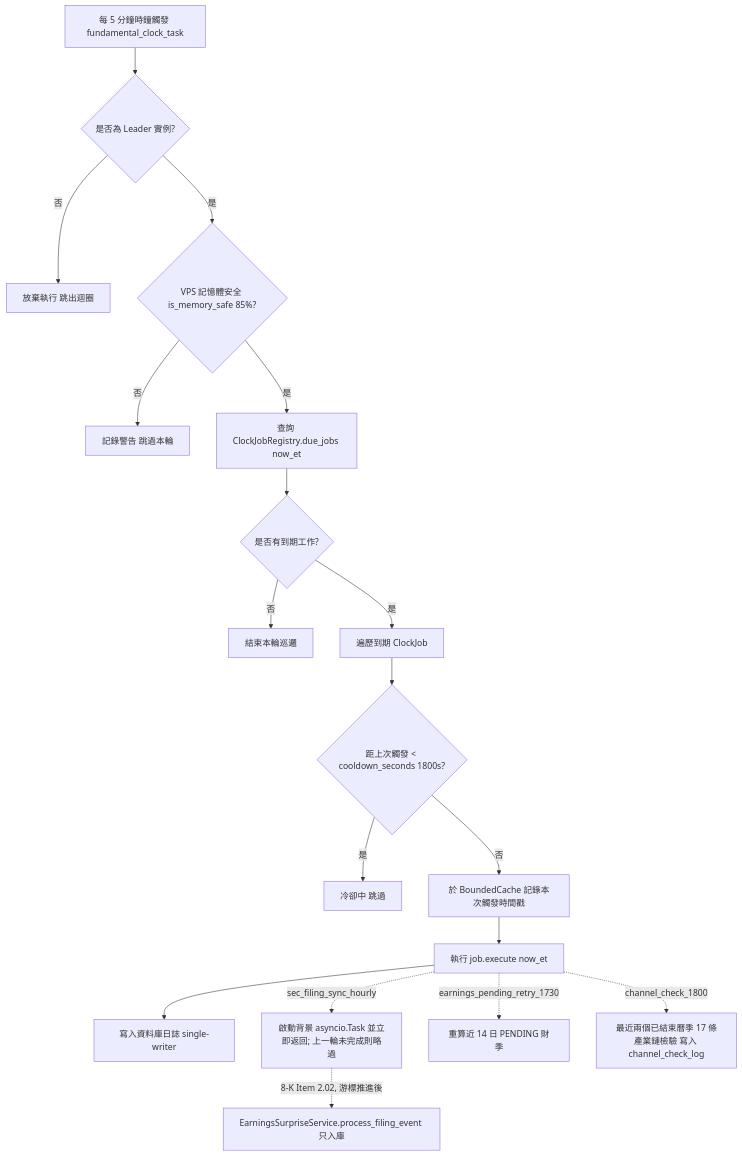
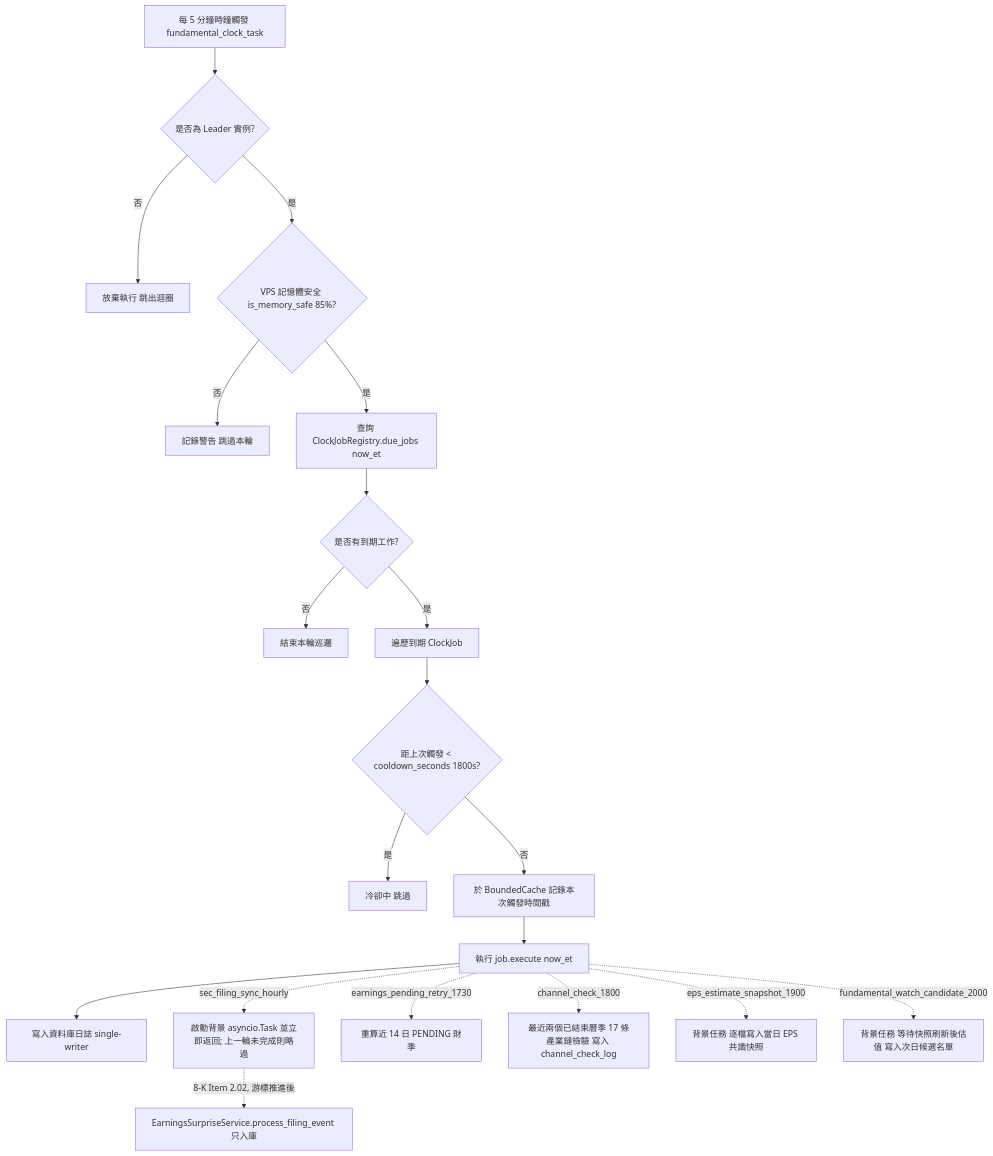
The diagram in docs/architecture/06_fundamental_pipeline_and_event_clock.md (cosmo-chang-1701/nexus-seeker), drawn with Mermaid before and after one commit. The commit also changed other lines of this file and 3 other files, not shown here.

````diff
--- a/docs/architecture/06_fundamental_pipeline_and_event_clock.md
+++ b/docs/architecture/06_fundamental_pipeline_and_event_clock.md
@@ -57,20 +59,22 @@
 ```mermaid
 flowchart TD
     A[每 5 分鐘時鐘觸發 fundamental_clock_task] --> B{是否為 Leader 實例?}
     B -- 否 --> C[放棄執行 跳出迴圈]
     B -- 是 --> D{VPS 記憶體安全 is_memory_safe 85%?}
     D -- 否 --> E[記錄警告 跳過本輪]
     D -- 是 --> F[查詢 ClockJobRegistry.due_jobs now_et]
     F --> G{是否有到期工作?}
     G -- 否 --> H[結束本輪巡邏]
     G -- 是 --> I[遍歷到期 ClockJob]
     I --> J{距上次觸發 < cooldown_seconds 1800s?}
     J -- 是 --> K[冷卻中 跳過]
     J -- 否 --> L[於 BoundedCache 記錄本次觸發時間戳]
     L --> M[執行 job.execute now_et]
     M --> N[寫入資料庫日誌 single-writer]
     M -.->|sec_filing_sync_hourly| BG[啟動背景 asyncio.Task 並立即返回; 上一輪未完成則略過]
     BG -.->|8-K Item 2.02, 游標推進後| ES[EarningsSurpriseService.process_filing_event 只入庫]
     M -.->|earnings_pending_retry_1730| PR[重算近 14 日 PENDING 財季]
     M -.->|channel_check_1800| CC[最近兩個已結束曆季 17 條產業鏈檢驗 寫入 channel_check_log]
+    M -.->|eps_estimate_snapshot_1900| SN[背景任務 逐檔寫入當日 EPS 共識快照]
+    M -.->|fundamental_watch_candidate_2000| VW[背景任務 等待快照刷新後估值 寫入次日候選名單]
 ```
````
